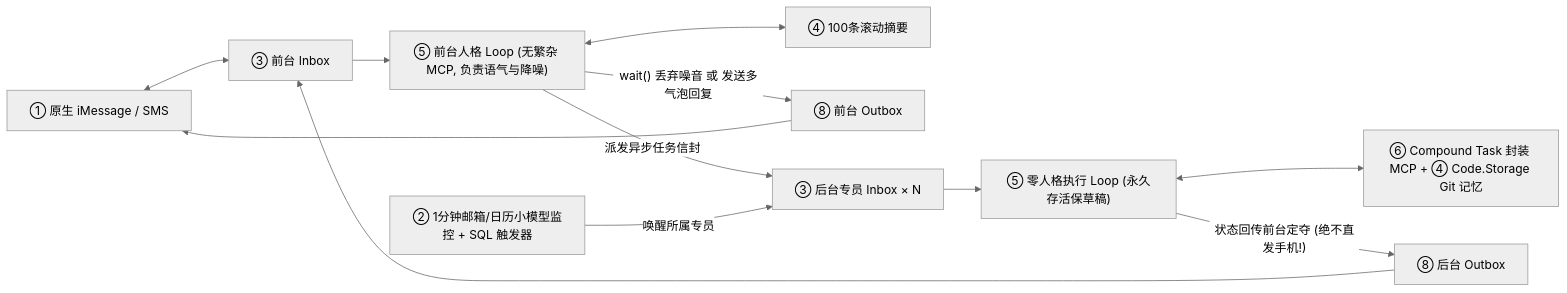
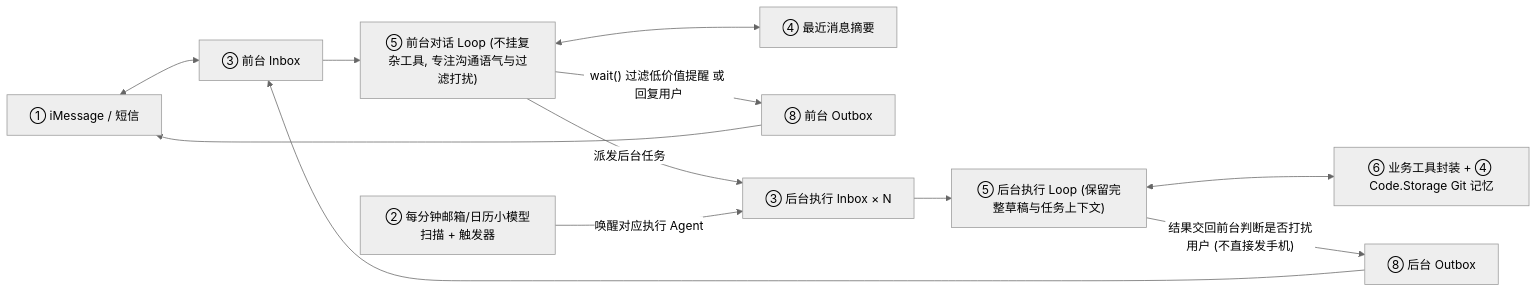
Before and after one commit to project-aoi/ng-agents: the second of 3 diagrams in docs/02-atomic-kernel-architecture.md, drawn with Mermaid (neutral theme). The commit also changed other lines of this file and 4 other files, not shown here.

````diff
--- a/docs/02-atomic-kernel-architecture.md
+++ b/docs/02-atomic-kernel-architecture.md
@@ -197,15 +197,15 @@
 ```mermaid
 flowchart LR
-    User["① 原生 iMessage / SMS"] <--> InA["③ 前台 Inbox"]
-    InA --> LoopA["⑤ 前台人格 Loop (无繁杂 MCP, 负责语气与降噪)"]
-    LoopA <--> CtxA["④ 100条滚动摘要"]
-    LoopA -->|"wait() 丢弃噪音 或 发送多气泡回复"| OutA["⑧ 前台 Outbox"]
+    User["① iMessage / 短信"] <--> InA["③ 前台 Inbox"]
+    InA --> LoopA["⑤ 前台对话 Loop (不挂复杂工具, 专注沟通语气与过滤打扰)"]
+    LoopA <--> CtxA["④ 最近消息摘要"]
+    LoopA -->|"wait() 过滤低价值提醒 或 回复用户"| OutA["⑧ 前台 Outbox"]
     OutA --> User
 
-    LoopA -->|"派发异步任务信封"| InB["③ 后台专员 Inbox × N"]
-    ClkB["② 1分钟邮箱/日历小模型监控 + SQL 触发器"] -->|"唤醒所属专员"| InB
-    InB --> LoopB["⑤ 零人格执行 Loop (永久存活保草稿)"]
-    LoopB <--> WorkB["⑥ Compound Task 封装 MCP + ④ Code.Storage Git 记忆"]
-    LoopB -->|"状态回传前台定夺 (绝不直发手机!)"| OutB["⑧ 后台 Outbox"]
+    LoopA -->|"派发后台任务"| InB["③ 后台执行 Inbox × N"]
+    ClkB["② 每分钟邮箱/日历小模型扫描 + 触发器"] -->|"唤醒对应执行 Agent"| InB
+    InB --> LoopB["⑤ 后台执行 Loop (保留完整草稿与任务上下文)"]
+    LoopB <--> WorkB["⑥ 业务工具封装 + ④ Code.Storage Git 记忆"]
+    LoopB -->|"结果交回前台判断是否打扰用户 (不直接发手机)"| OutB["⑧ 后台 Outbox"]
     OutB --> InA
 ```
````
